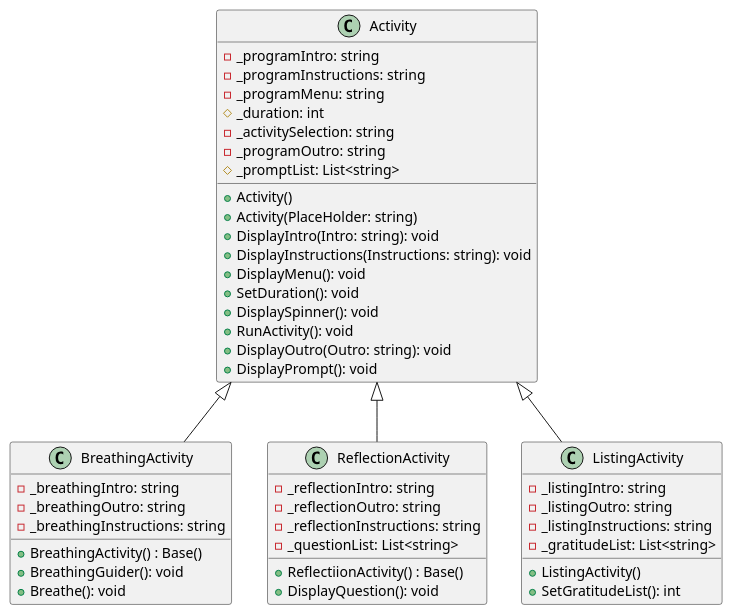
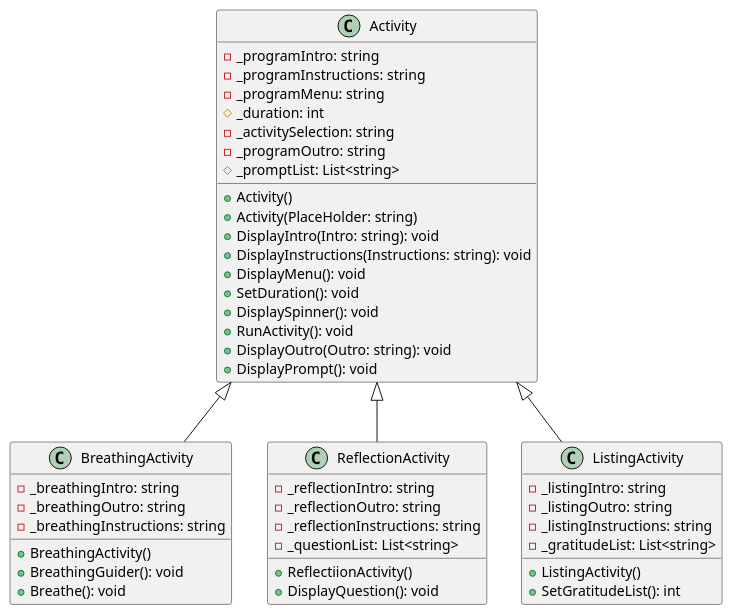
Before and after one commit to Dannrey/CSE210-template: the diagram in prove/Develop04/Awareness_Exercise.plantuml, drawn with PlantUML.

Commit message:
Okay, I added one change to the diagram to clear it up a bit.

```diff
--- a/prove/Develop04/Awareness_Exercise.plantuml
+++ b/prove/Develop04/Awareness_Exercise.plantuml
@@ -1,75 +1,75 @@
 @startuml AwarenessExercise
 ' __________Activity__________
 ' Attributes:
 Activity : -_programIntro: string
 Activity : -_programInstructions: string
 Activity : -_programMenu: string
 Activity : #_duration: int
 Activity : -_activitySelection: string
 Activity : -_programOutro: string
 Activity : #_promptList: List<string>
 
 ' Constructors:
 Activity : +Activity()
 Activity : +Activity(PlaceHolder: string)
 
 ' Methods:
 Activity : +DisplayIntro(Intro: string): void
 Activity : +DisplayInstructions(Instructions: string): void
 Activity : +DisplayMenu(): void
 Activity : +SetDuration(): void
 Activity : +DisplaySpinner(): void
 Activity : +RunActivity(): void
 Activity : +DisplayOutro(Outro: string): void
 Activity : +DisplayPrompt(): void
 
 ' Inheritance:
 Activity <|-- BreathingActivity
 Activity <|-- ReflectionActivity
 Activity <|-- ListingActivity
 
 
 ' __________BreathingActivity__________
 ' Attributes:
 BreathingActivity : -_breathingIntro: string
 BreathingActivity : -_breathingOutro: string
 BreathingActivity : -_breathingInstructions: string
 
 ' Constructors:
-BreathingActivity : +BreathingActivity() : Base()
+BreathingActivity : +BreathingActivity() 
 
 ' Methods:
 BreathingActivity : +BreathingGuider(): void
 BreathingActivity : +Breathe(): void
 
 
 ' __________ReflectionActivity__________
 ' Attributes:
 ReflectionActivity : -_reflectionIntro: string
 ReflectionActivity : -_reflectionOutro: string
 ReflectionActivity : -_reflectionInstructions: string
 ' ReflectionActivity : -_promptList: List<string>
 ReflectionActivity : -_questionList: List<string>
 
 ' Constructors:
-ReflectionActivity : +ReflectiionActivity() : Base()
+ReflectionActivity : +ReflectiionActivity()
 
 ' Methods:
 ReflectionActivity : +DisplayQuestion(): void
 
 
 ' __________ListingActivity__________
 ' Attibutes:
 ListingActivity : -_listingIntro: string
 ListingActivity : -_listingOutro: string
 ListingActivity : -_listingInstructions: string
 ' ListingActivity : -_promptList: List<string>
 ListingActivity : -_gratitudeList: List<string>
 
 ' Constructors:
 ListingActivity : +ListingActivity()
 
 ' Methods:
 ListingActivity : +SetGratitudeList(): int
 
 @enduml
```
